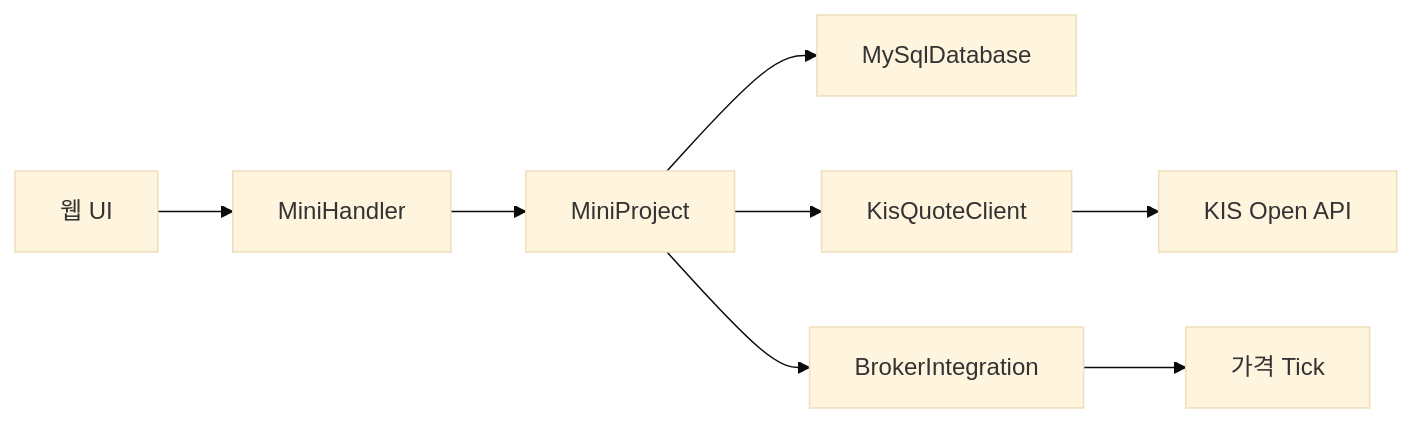
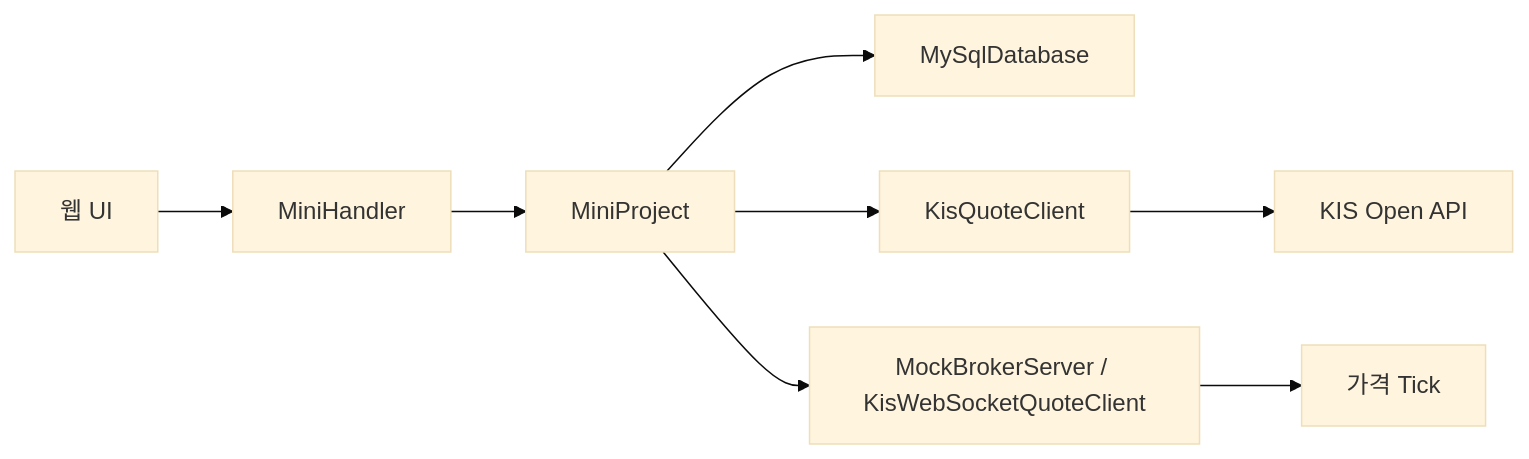
The first of 2 diagrams in docs/presentation-slides.md (osangmin51-spec/javaproject), drawn with Mermaid (base theme) before and after one commit. The commit also changed other lines of this file and 7 other files, not shown here.

````diff
--- a/docs/presentation-slides.md
+++ b/docs/presentation-slides.md
@@ -28,10 +28,10 @@
 ```mermaid
 flowchart LR
     Browser["웹 UI"] --> Handler["MiniHandler"]
     Handler --> Project["MiniProject"]
     Project --> DB["MySqlDatabase"]
     Project --> KIS["KisQuoteClient"]
     KIS --> API["KIS Open API"]
-    Project --> Broker["BrokerIntegration"]
+    Project --> Broker["MockBrokerServer / KisWebSocketQuoteClient"]
     Broker --> Tick["가격 Tick"]
 ```
````
